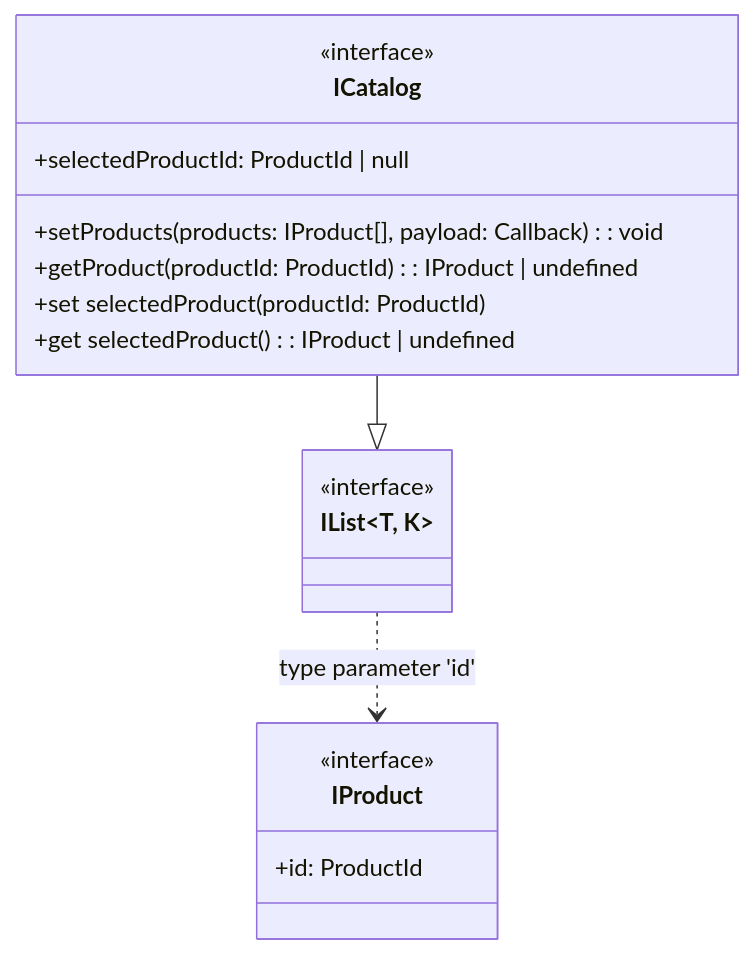
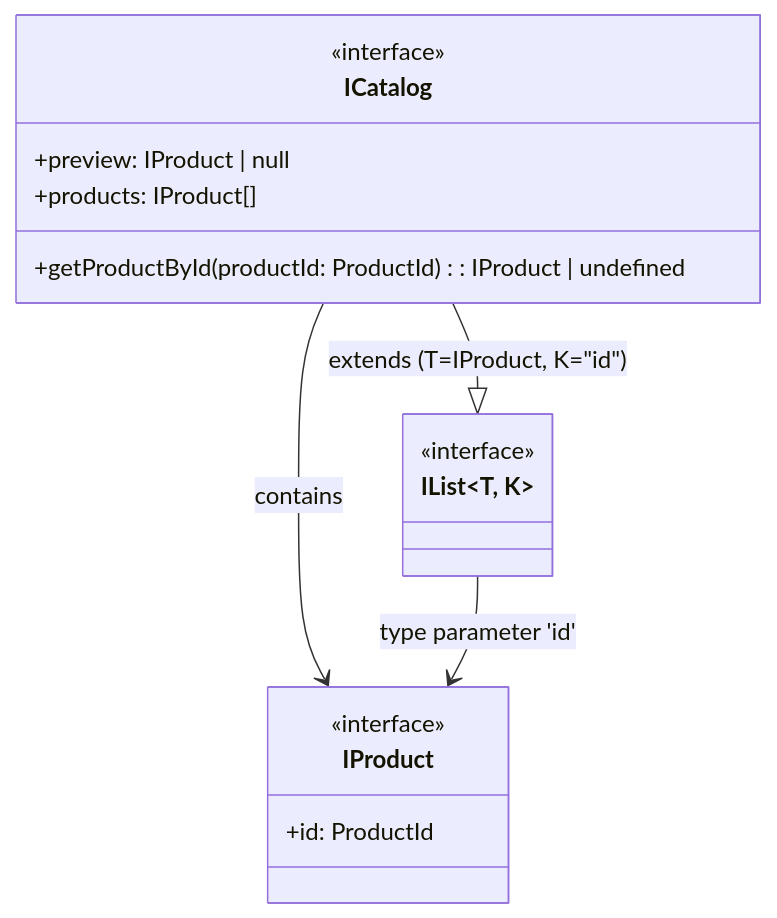
The fourth of 7 diagrams in README.md (vvk2020/weblarek), drawn with Mermaid before and after one commit. The commit also changed other lines of this file and 2 other files, not shown here.

````diff
--- a/README.md
+++ b/README.md
@@ -283,23 +279,22 @@
 ```mermaid
 classDiagram
     class ICatalog {
         <<interface>>
-        +selectedProductId: ProductId | null
-        +setProducts(products: IProduct[], payload: Callback): void
-        +getProduct(productId: ProductId): IProduct | undefined
-        +set selectedProduct(productId: ProductId)
-        +get selectedProduct(): IProduct | undefined
+        +preview: IProduct | null
+        +products: IProduct[]
+        +getProductById(productId: ProductId): IProduct | undefined
     }
 
     class IList~T, K~ {
         <<interface>>
     }
 
     class IProduct {
         <<interface>>
         +id: ProductId
     }
 
-    ICatalog --|> IList~IProduct, 'id'~
-    IList ..> IProduct : type parameter 'id'
+    ICatalog --|> IList~T, K~ : extends (T=IProduct, K="id")
+    ICatalog --> IProduct : contains
+    IList~T, K~ --> IProduct : type parameter 'id'
 ```
````
